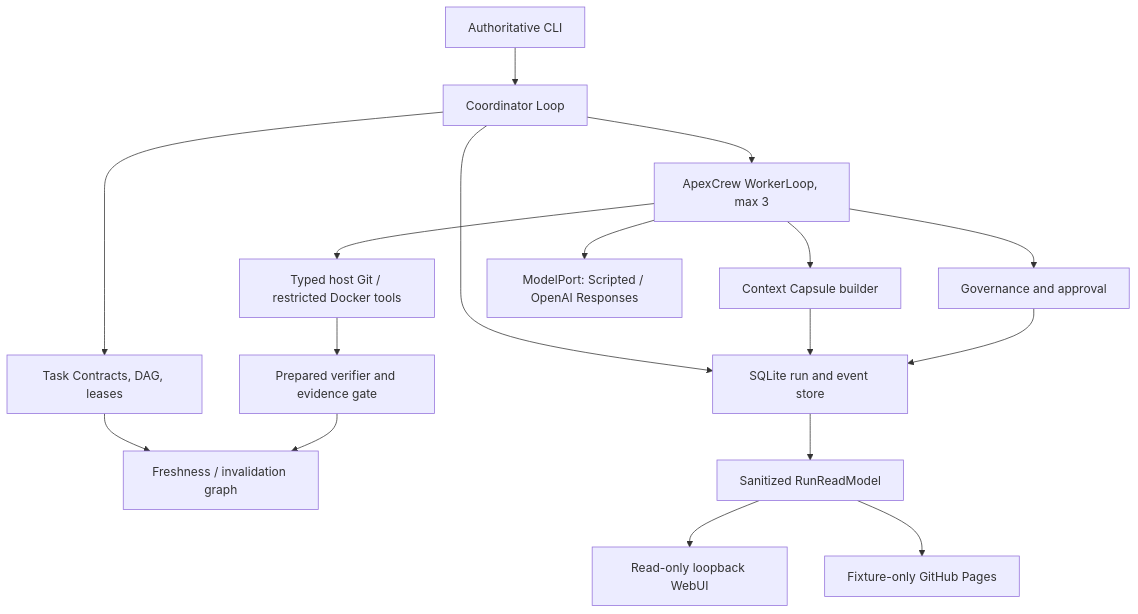
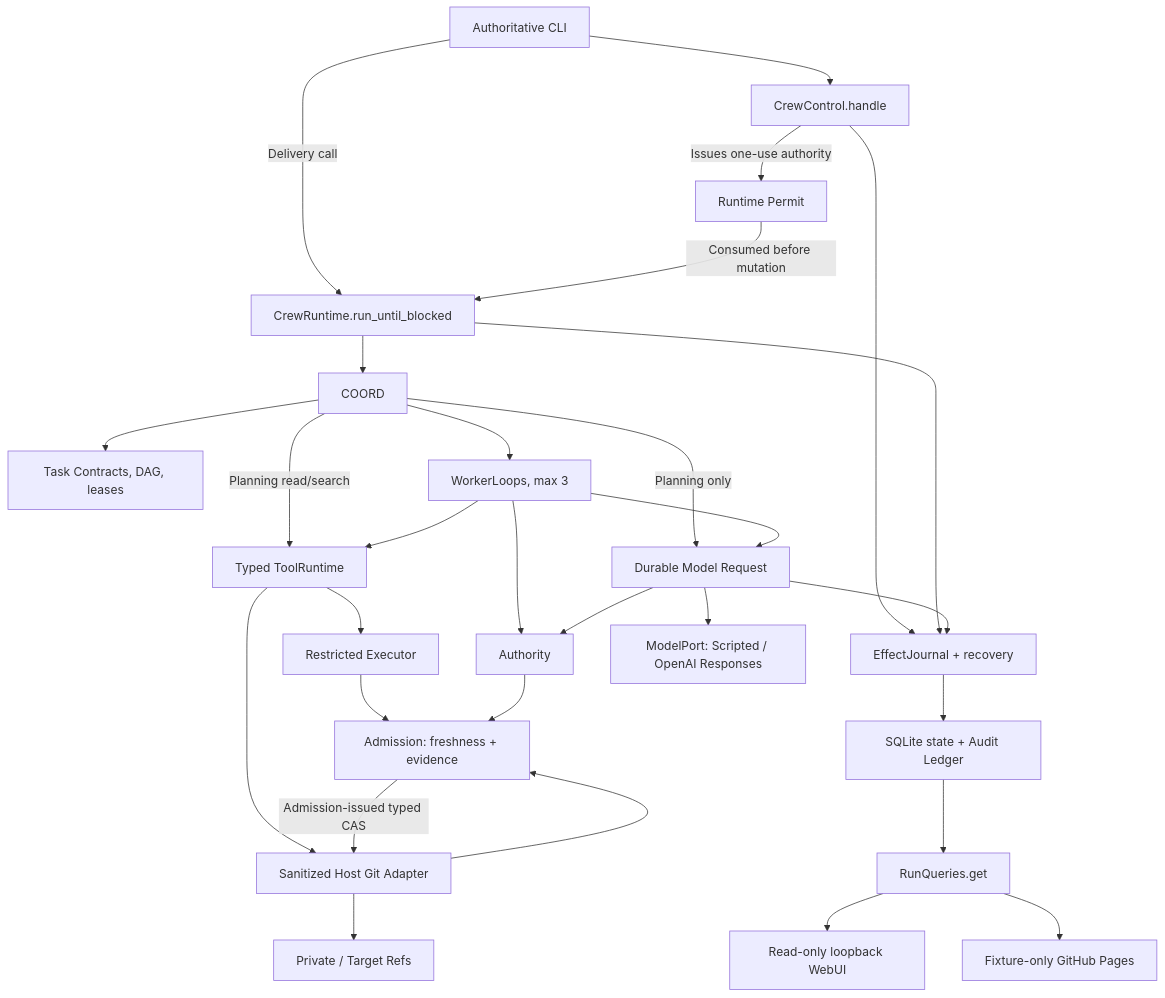
The diagram in INITIALIZATION.md (Ztscream/ApexCrew), drawn with Mermaid before and after one commit. The commit also changed other lines of this file and 10 other files, not shown here.

````diff
--- a/INITIALIZATION.md
+++ b/INITIALIZATION.md
@@ -46,19 +48,31 @@
 ```mermaid
 flowchart TB
-    CLI["Authoritative CLI"] --> COORD["Coordinator Loop"]
+    CLI["Authoritative CLI"] --> CONTROL["CrewControl.handle"]
+    CONTROL -->|"Issues one-use authority"| PERMIT["Runtime Permit"]
+    CLI -->|"Delivery call"| RUNTIME["CrewRuntime.run_until_blocked"]
+    PERMIT -->|"Consumed before mutation"| RUNTIME
+    RUNTIME --> COORD
     COORD --> BOARD["Task Contracts, DAG, leases"]
-    COORD --> WORKER["ApexCrew WorkerLoop, max 3"]
-    WORKER --> CAPSULE["Context Capsule builder"]
-    WORKER --> POLICY["Governance and approval"]
-    WORKER --> RUNTIME["Typed host Git / restricted Docker tools"]
-    RUNTIME --> GATE["Prepared verifier and evidence gate"]
-    BOARD --> INVALIDATE["Freshness / invalidation graph"]
-    GATE --> INVALIDATE
-    COORD --> STORE["SQLite run and event store"]
-    CAPSULE --> STORE
-    POLICY --> STORE
-    WORKER --> MODEL["ModelPort: Scripted / OpenAI Responses"]
-    STORE --> READ["Sanitized RunReadModel"]
-    READ --> LOCAL["Read-only loopback WebUI"]
-    READ --> PAGES["Fixture-only GitHub Pages"]
+    COORD -->|"Planning only"| MODELREQ["Durable Model Request"]
+    COORD --> WORKER["WorkerLoops, max 3"]
+    WORKER --> AUTH["Authority"]
+    COORD -->|"Planning read/search"| TOOLS["Typed ToolRuntime"]
+    WORKER --> TOOLS["Typed ToolRuntime"]
+    TOOLS --> HOSTGIT["Sanitized Host Git Adapter"]
+    TOOLS --> EXEC["Restricted Executor"]
+    HOSTGIT --> ADMIT["Admission: freshness + evidence"]
+    EXEC --> ADMIT
+    AUTH --> ADMIT
+    ADMIT -->|"Admission-issued typed CAS"| HOSTGIT
+    HOSTGIT --> REFS["Private / Target Refs"]
+    CONTROL --> JOURNAL["EffectJournal + recovery"]
+    RUNTIME --> JOURNAL
+    JOURNAL --> STORE["SQLite state + Audit Ledger"]
+    WORKER --> MODELREQ
+    MODELREQ --> MODEL["ModelPort: Scripted / OpenAI Responses"]
+    MODELREQ --> AUTH
+    MODELREQ --> JOURNAL
+    STORE --> QUERY["RunQueries.get"]
+    QUERY --> LOCAL["Read-only loopback WebUI"]
+    QUERY --> PAGES["Fixture-only GitHub Pages"]
 ```
````
